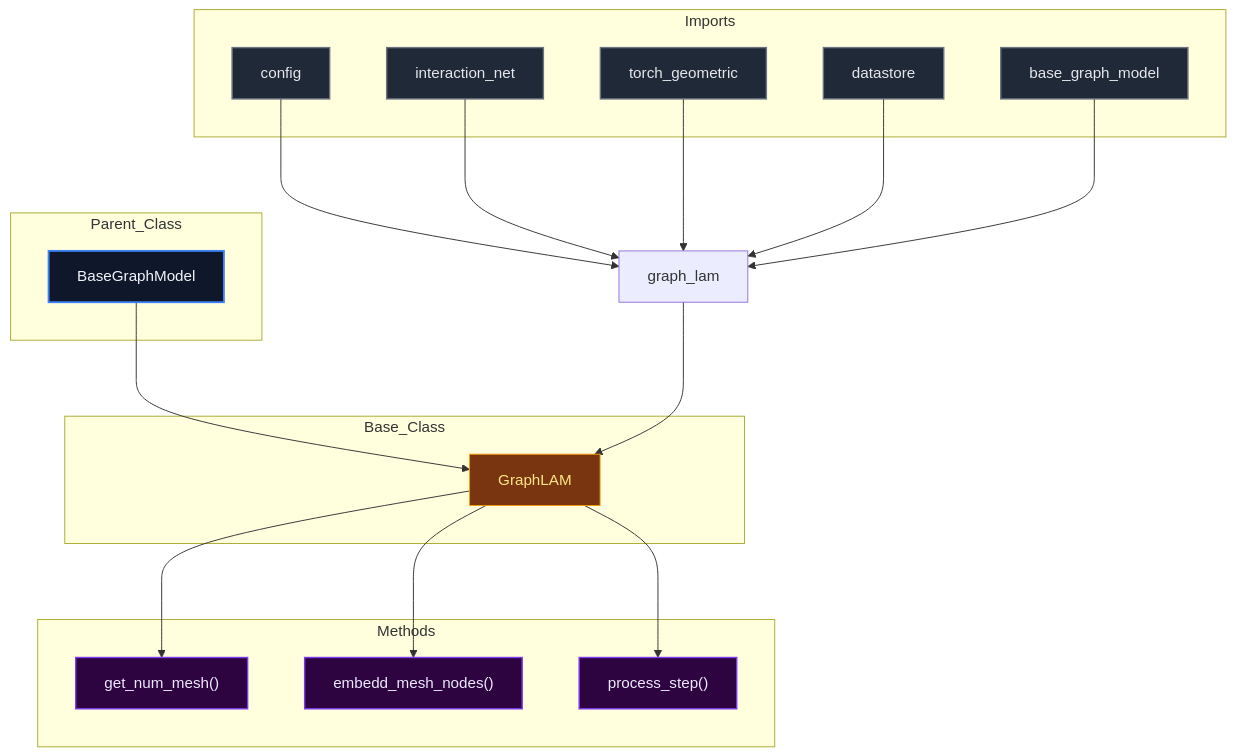
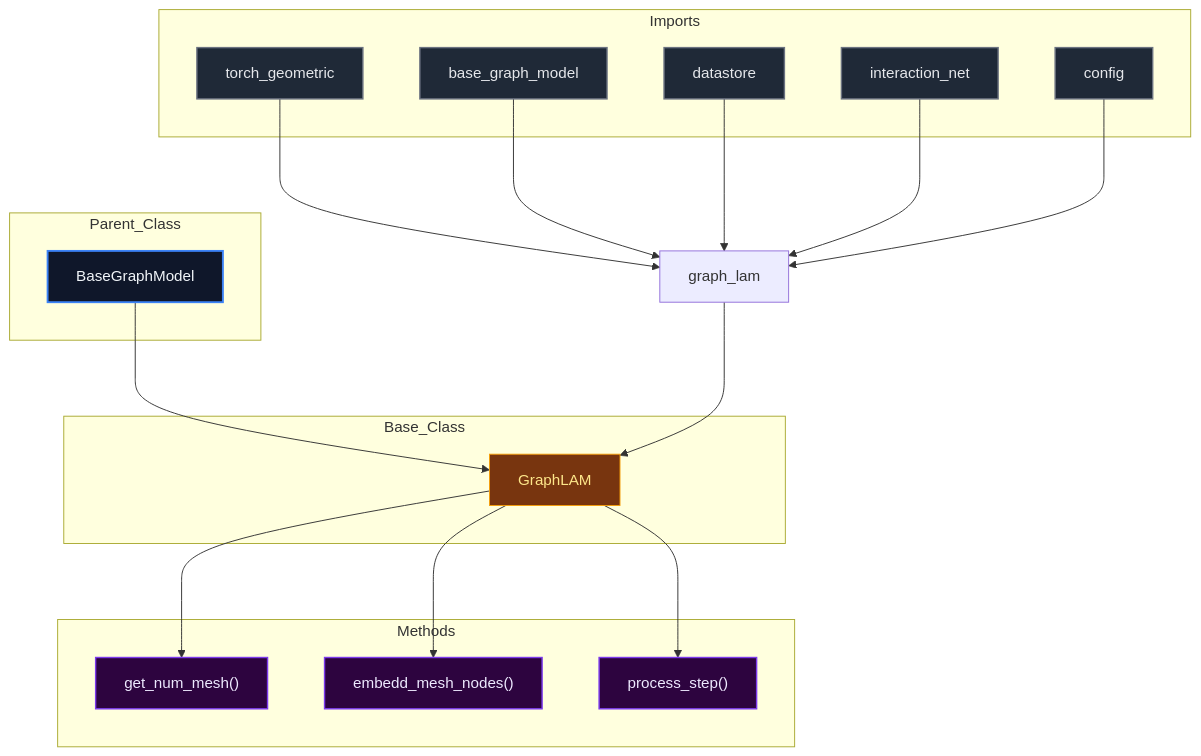
Before and after one commit to mllam/neural-lam: the diagram in docs/diagrams/graph_lam_diagram.md, drawn with Mermaid. The commit also changed 18 other files, not shown here.

Commit message:
Auto-update Mermaid diagrams

````diff
--- a/docs/diagrams/graph_lam_diagram.md
+++ b/docs/diagrams/graph_lam_diagram.md
@@ -1,52 +1,52 @@
 ```mermaid
 %%{init: {'flowchart': {'nodeSpacing': 60, 'rankSpacing': 80}}}%%
 flowchart TD
 
 module["graph_lam"]
 
 subgraph Parent_Class
     BaseGraphModel["BaseGraphModel"]
 end
 
 subgraph Base_Class
     GraphLAM["GraphLAM"]
 end
 
     BaseGraphModel --> GraphLAM
 
 subgraph Imports
+    torch_geometric["torch_geometric"]
+    base_graph_model["base_graph_model"]
+    datastore["datastore"]
+    interaction_net["interaction_net"]
     config["config"]
-    interaction_net["interaction_net"]
-    torch_geometric["torch_geometric"]
-    datastore["datastore"]
-    base_graph_model["base_graph_model"]
 end
 
+    torch_geometric --> module
+    base_graph_model --> module
+    datastore --> module
+    interaction_net --> module
     config --> module
-    interaction_net --> module
-    torch_geometric --> module
-    datastore --> module
-    base_graph_model --> module
     module --> GraphLAM
 
 subgraph Methods
     GraphLAM_get_num_mesh["get_num_mesh()"]
     GraphLAM_embedd_mesh_nodes["embedd_mesh_nodes()"]
     GraphLAM_process_step["process_step()"]
 end
 
     GraphLAM --> GraphLAM_get_num_mesh
     GraphLAM --> GraphLAM_embedd_mesh_nodes
     GraphLAM --> GraphLAM_process_step
 
 classDef parent fill:#0f172a,stroke:#3b82f6,stroke-width:2px,color:#f1f5f9,font-size:16px
 classDef base fill:#78350f,stroke:#f59e0b,stroke-width:1px,color:#fde68a,font-size:16px
 classDef import fill:#1f2937,stroke:#6b7280,stroke-width:1.5px,color:#e5e7eb,font-size:16px
 classDef method fill:#2d043f,stroke:#7c3aed,stroke-width:1.5px,color:#ede9fe,font-size:16px
 classDef callNode fill:#064e3b,stroke:#10b981,stroke-width:1.5px,color:#d1fae5,font-size:16px
 class BaseGraphModel parent
 class GraphLAM base
-class config,interaction_net,torch_geometric,datastore,base_graph_model import
+class torch_geometric,base_graph_model,datastore,interaction_net,config import
 class GraphLAM_get_num_mesh,GraphLAM_embedd_mesh_nodes,GraphLAM_process_step method
 
 ```
````
